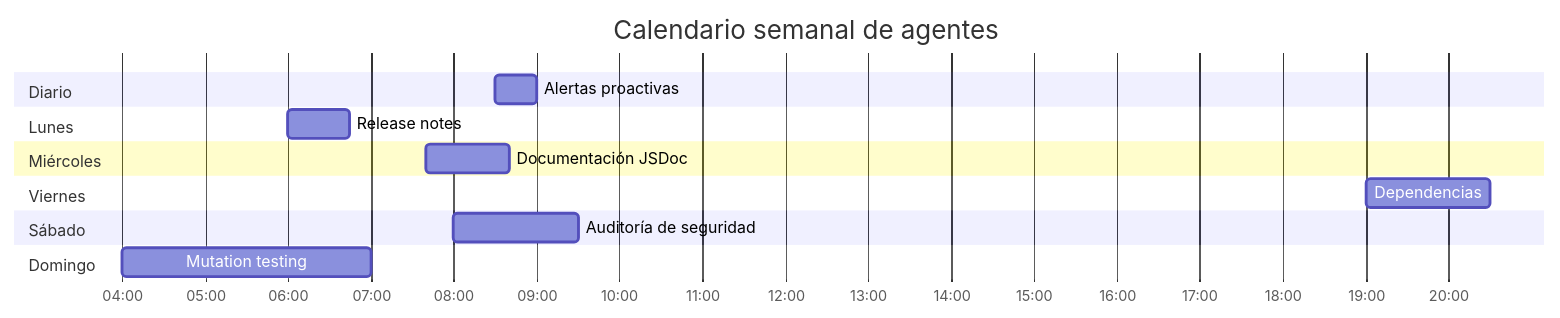
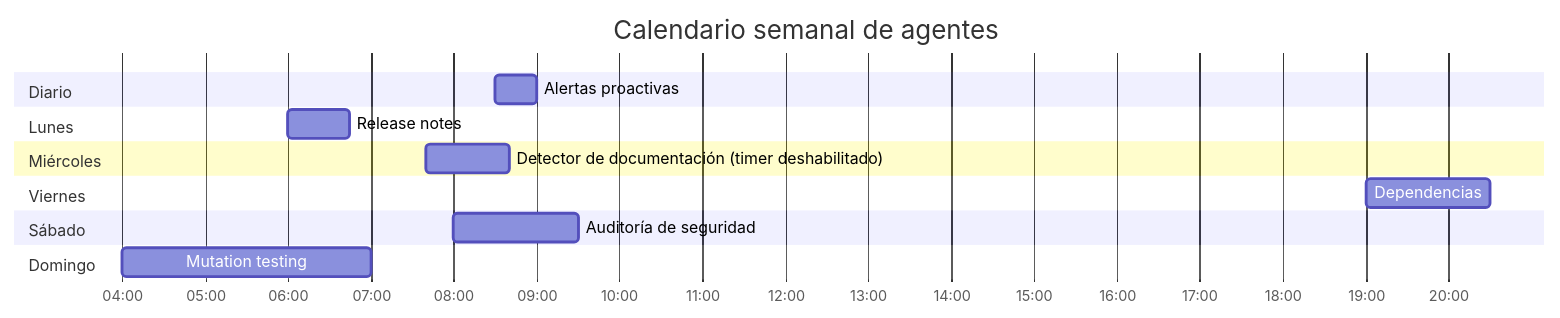
One commit to Guillermo-Narobial/symphony changed the fourth of 12 diagrams in agent/docs/ARCHITECTURE.md. Above: the diagram before and after it, drawn with Mermaid. The commit also changed other lines of this file and 25 other files, not shown here.

````diff
--- a/agent/docs/ARCHITECTURE.md
+++ b/agent/docs/ARCHITECTURE.md
@@ -396,18 +403,18 @@
 ```mermaid
 gantt
     title Calendario semanal de agentes
     dateFormat  HH:mm
     axisFormat  %H:%M
     section Diario
     Alertas proactivas          :alerts, 08:30, 30m
     section Lunes
     Release notes               :changelog, 06:00, 45m
     section Miércoles
-    Documentación JSDoc         :docs, 07:40, 60m
+    Detector de documentación (timer deshabilitado) :docs, 07:40, 60m
     section Viernes
     Dependencias                :deps, 19:00, 90m
     section Sábado
     Auditoría de seguridad      :audit, 08:00, 90m
     section Domingo
     Mutation testing            :mutator, 04:00, 180m
 ```
````
